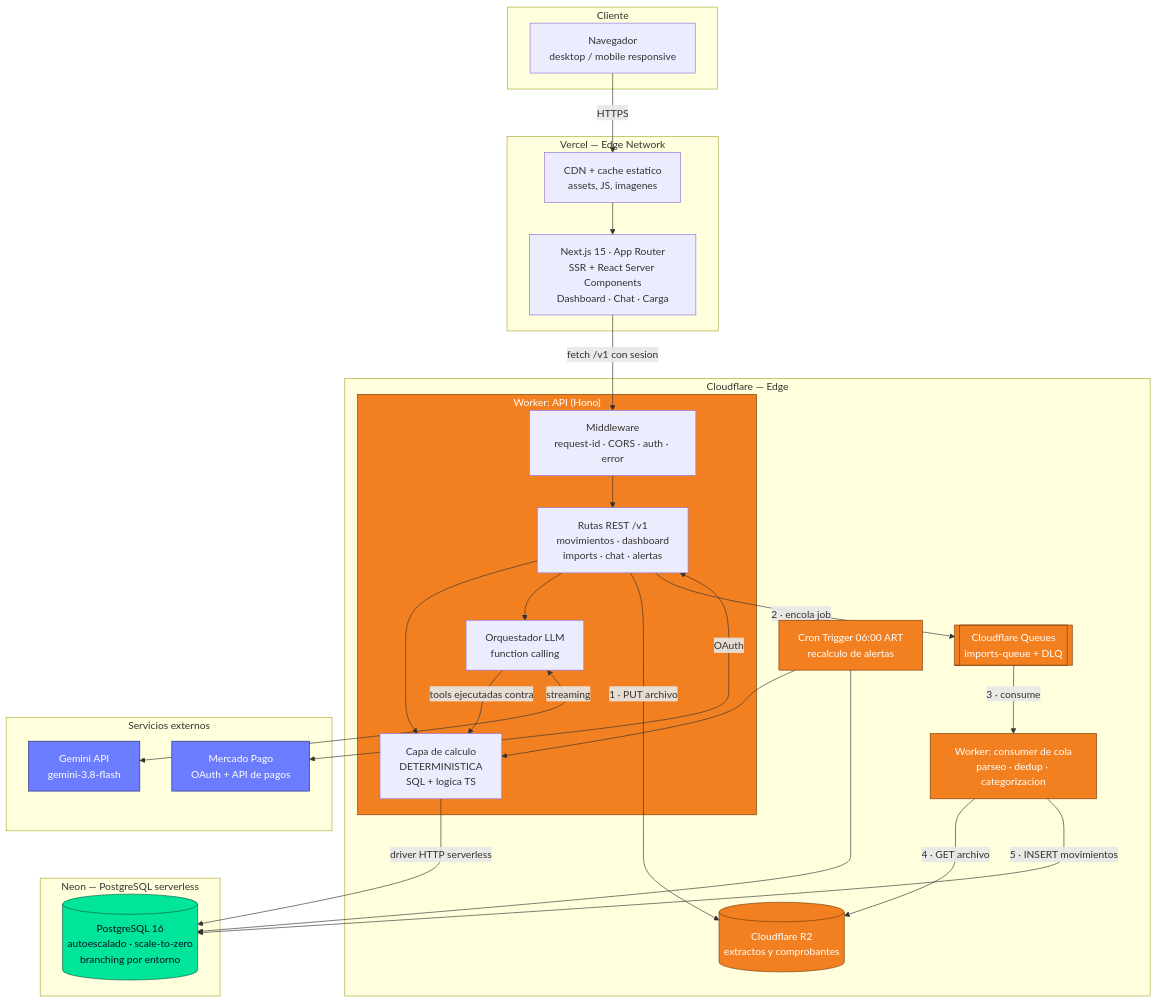
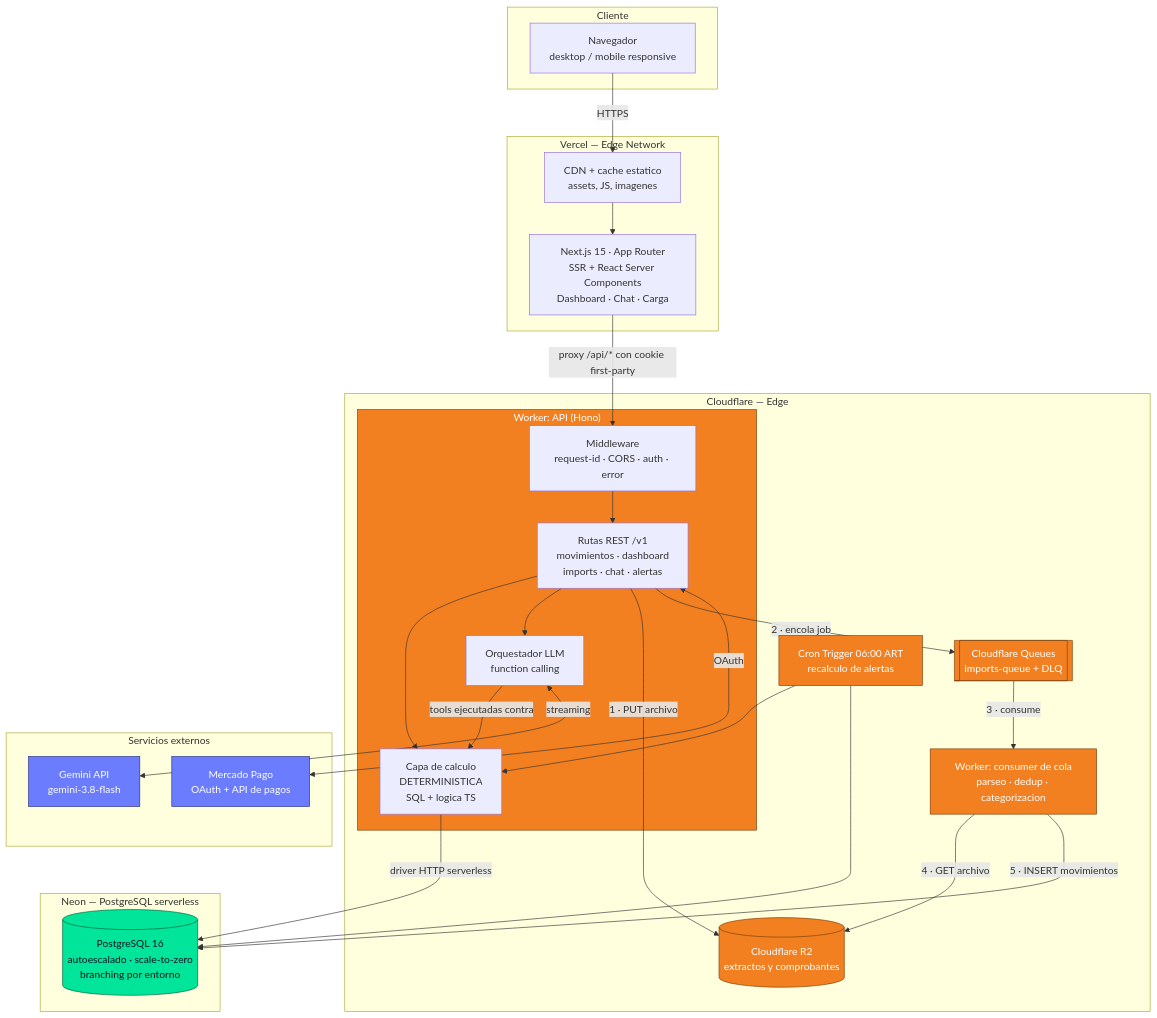
Before and after one commit to colosoler/Helpyme: the first of 2 diagrams in entregas-cloud/checkpoint-1/01-arquitectura.md, drawn with Mermaid. The commit also changed other lines of this file and 2 other files, not shown here.

First line of the commit message:
docs(adr): agregar ADR-0011, sesión first-party con el frontend como proxy

````diff
--- a/entregas-cloud/checkpoint-1/01-arquitectura.md
+++ b/entregas-cloud/checkpoint-1/01-arquitectura.md
@@ -29,60 +29,60 @@
 ```mermaid
 flowchart TB
     subgraph client["Cliente"]
         browser["Navegador<br/>desktop / mobile responsive"]
     end
 
     subgraph vercel["Vercel — Edge Network"]
         cdn["CDN + cache estatico<br/>assets, JS, imagenes"]
         next["Next.js 15 · App Router<br/>SSR + React Server Components<br/>Dashboard · Chat · Carga"]
     end
 
     subgraph cf["Cloudflare — Edge"]
         subgraph worker["Worker: API (Hono)"]
             mw["Middleware<br/>request-id · CORS · auth · error"]
             rest["Rutas REST /v1<br/>movimientos · dashboard<br/>imports · chat · alertas"]
             calc["Capa de calculo<br/>DETERMINISTICA<br/>SQL + logica TS"]
             orch["Orquestador LLM<br/>function calling"]
         end
         consumer["Worker: consumer de cola<br/>parseo · dedup · categorizacion"]
         cron["Cron Trigger 06:00 ART<br/>recalculo de alertas"]
         queue[["Cloudflare Queues<br/>imports-queue + DLQ"]]
         r2[("Cloudflare R2<br/>extractos y comprobantes")]
     end
 
     subgraph neon["Neon — PostgreSQL serverless"]
         pg[("PostgreSQL 16<br/>autoescalado · scale-to-zero<br/>branching por entorno")]
     end
 
     subgraph ext["Servicios externos"]
         gemini["Gemini API<br/>gemini-3.8-flash"]
         mp["Mercado Pago<br/>OAuth + API de pagos"]
     end
 
     browser -->|HTTPS| cdn
     cdn --> next
-    next -->|"fetch /v1 con sesion"| mw
+    next -->|"proxy /api/* con cookie first-party"| mw
     mw --> rest
     rest --> calc
     rest --> orch
 
     rest -->|"1 · PUT archivo"| r2
     rest -->|"2 · encola job"| queue
     queue -->|"3 · consume"| consumer
     consumer -->|"4 · GET archivo"| r2
     consumer -->|"5 · INSERT movimientos"| pg
 
     calc -->|"driver HTTP serverless"| pg
     orch -->|"tools ejecutadas contra"| calc
     orch <-->|"streaming"| gemini
     rest <-->|OAuth| mp
     cron --> calc
     cron --> pg
 
     classDef edge fill:#f38020,stroke:#7a3d05,color:#fff
     classDef data fill:#00e599,stroke:#04603f,color:#012
     classDef extern fill:#6b7cff,stroke:#26307a,color:#fff
     class worker,consumer,cron,queue,r2 edge
     class pg data
     class gemini,mp extern
 ```
````
